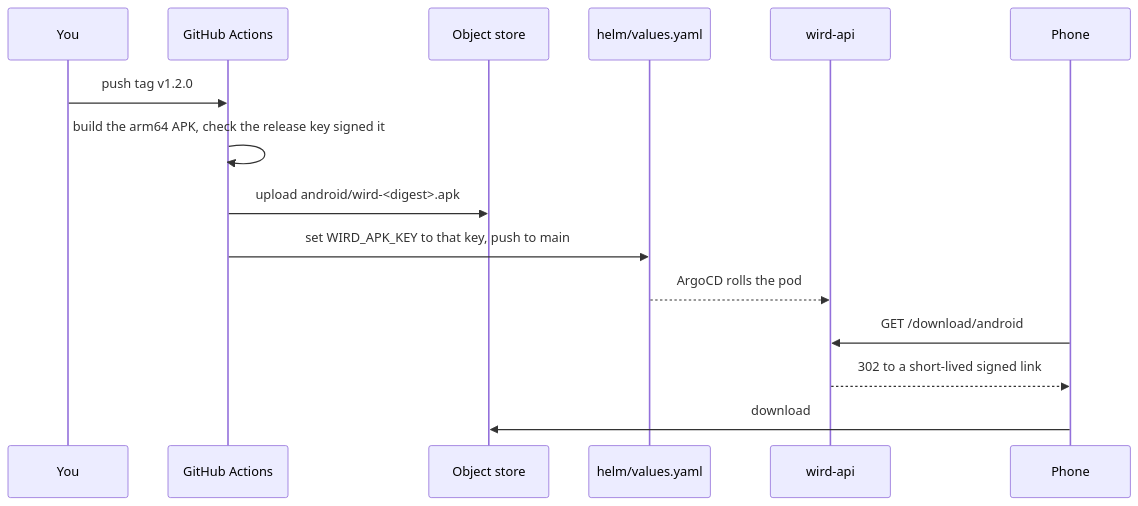
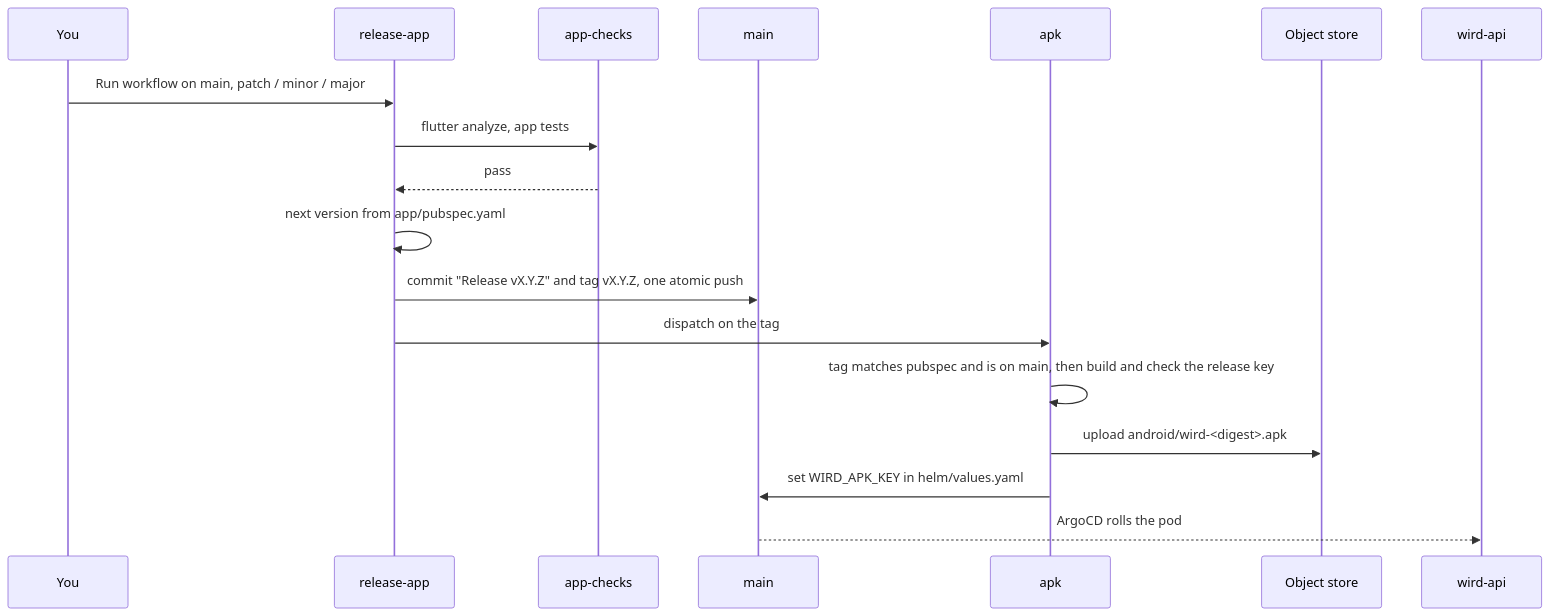
Before and after one commit to MohammadBnei/wird: the diagram in docs/guides/releasing-the-apk.md, drawn with Mermaid. The commit also changed other lines of this file and 21 other files, not shown here.

First line of the commit message:
Cut releases with one button, from the one line that holds the version

````diff
--- a/docs/guides/releasing-the-apk.md
+++ b/docs/guides/releasing-the-apk.md
@@ -5,18 +5,21 @@
 ```mermaid
 sequenceDiagram
   participant You
-  participant GH as GitHub Actions
+  participant RA as release-app
+  participant AC as app-checks
+  participant Main as main
+  participant APK as apk
   participant OS as Object store
-  participant Git as helm/values.yaml
   participant API as wird-api
-  participant Phone
 
-  You->>GH: push tag v1.2.0
-  GH->>GH: build the arm64 APK, check the release key signed it
-  GH->>OS: upload android/wird-<digest>.apk
-  GH->>Git: set WIRD_APK_KEY to that key, push to main
-  Git-->>API: ArgoCD rolls the pod
-  Phone->>API: GET /download/android
-  API-->>Phone: 302 to a short-lived signed link
-  Phone->>OS: download
+  You->>RA: Run workflow on main, patch / minor / major
+  RA->>AC: flutter analyze, app tests
+  AC-->>RA: pass
+  RA->>RA: next version from app/pubspec.yaml
+  RA->>Main: commit "Release vX.Y.Z" and tag vX.Y.Z, one atomic push
+  RA->>APK: dispatch on the tag
+  APK->>APK: tag matches pubspec and is on main, then build and check the release key
+  APK->>OS: upload android/wird-<digest>.apk
+  APK->>Main: set WIRD_APK_KEY in helm/values.yaml
+  Main-->>API: ArgoCD rolls the pod
 ```
````
